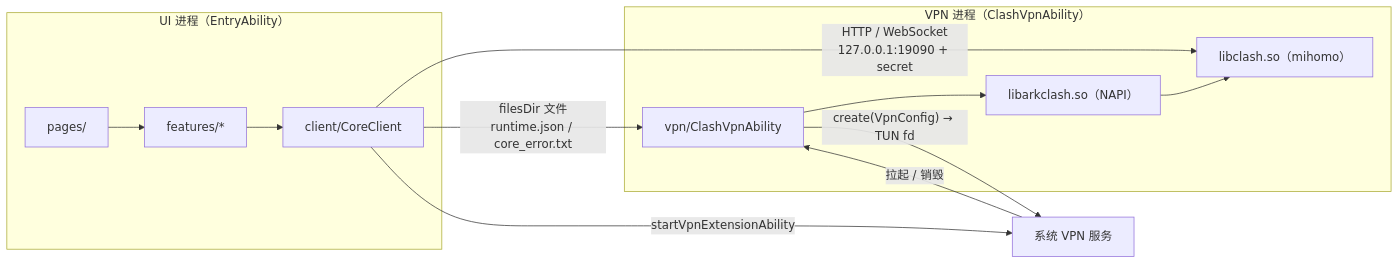
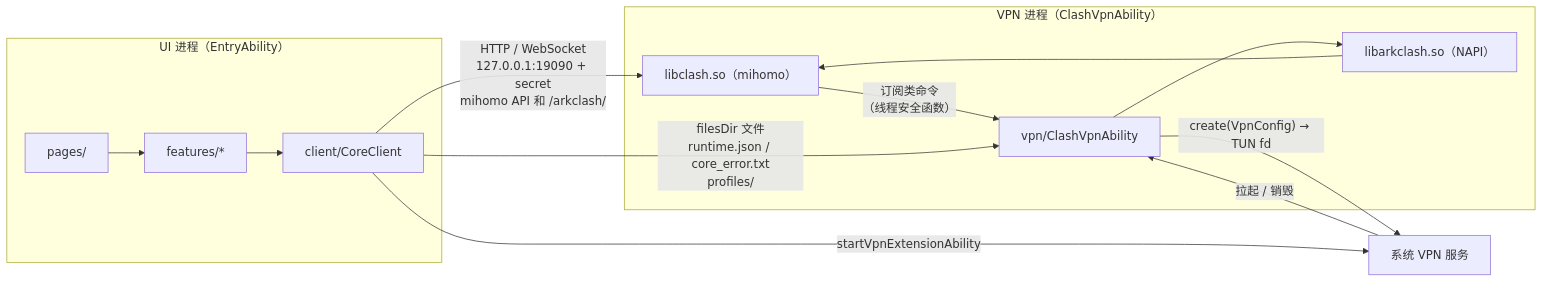
One commit to VOD-Studio/ArkClash changed the first of 2 diagrams in docs/architecture.md. Above: the diagram before and after it, drawn with Mermaid. The commit also changed other lines of this file and 4 other files, not shown here.

````diff
--- a/docs/architecture.md
+++ b/docs/architecture.md
@@ -7,17 +7,18 @@
 ```mermaid
 flowchart LR
   subgraph UI["UI 进程（EntryAbility）"]
     pages["pages/"] --> features["features/*"]
     features --> client["client/CoreClient"]
   end
   subgraph VPN["VPN 进程（ClashVpnAbility）"]
     ability["vpn/ClashVpnAbility"] --> bridge["libarkclash.so（NAPI）"]
     bridge --> core["libclash.so（mihomo）"]
+    core -- "订阅类命令<br/>（线程安全函数）" --> ability
   end
   sys["系统 VPN 服务"]
-  client -- "HTTP / WebSocket<br/>127.0.0.1:19090 + secret" --> core
-  client -- "filesDir 文件<br/>runtime.json / core_error.txt" --> ability
+  client -- "HTTP / WebSocket<br/>127.0.0.1:19090 + secret<br/>mihomo API 和 /arkclash/" --> core
+  client -- "filesDir 文件<br/>runtime.json / core_error.txt<br/>profiles/" --> ability
   client -- "startVpnExtensionAbility" --> sys
   sys -- "拉起 / 销毁" --> ability
   ability -- "create(VpnConfig) → TUN fd" --> sys
 ```
````
